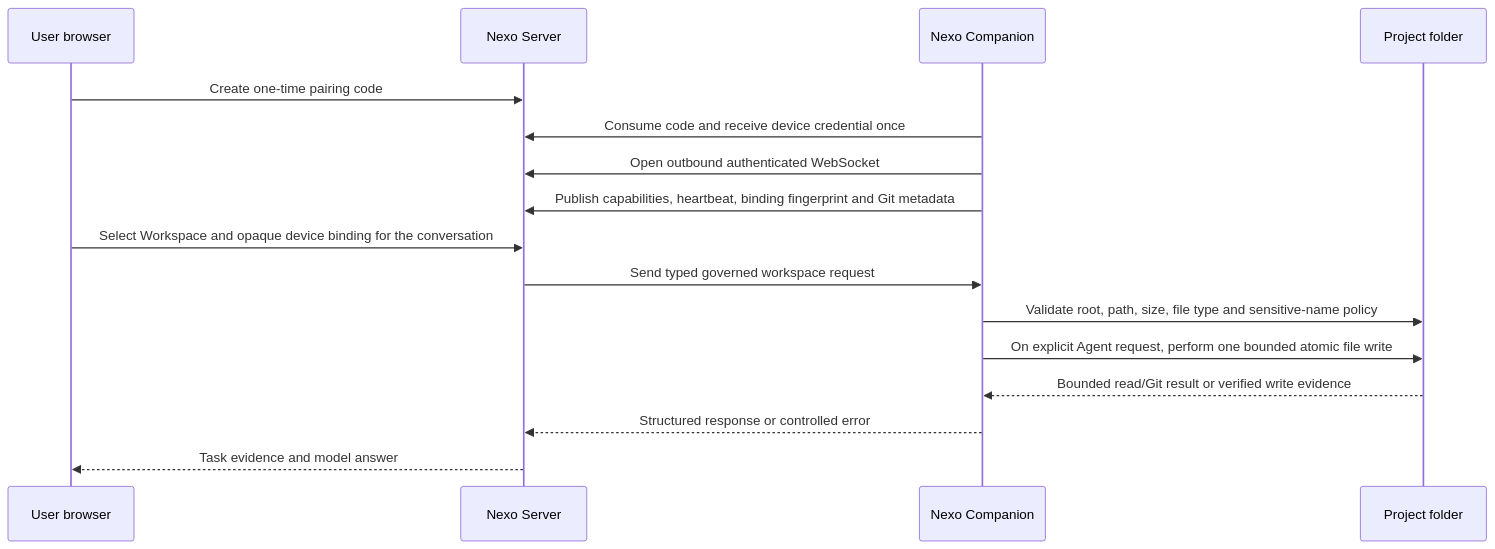
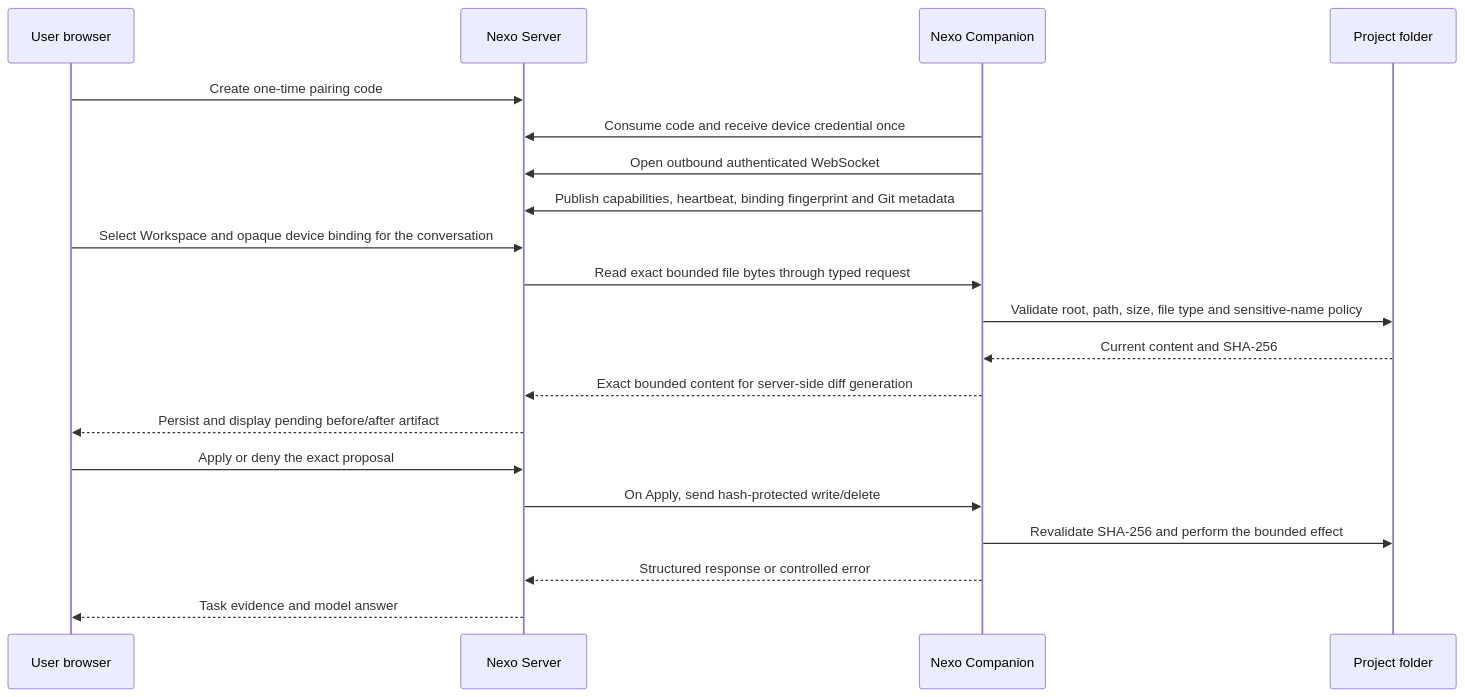
One commit to SamuckqaDev/nexo-ia changed the third of 7 diagrams in docs/ARCHITECTURE_OVERVIEW.md. Above: the diagram before and after it, drawn with Mermaid. The commit also changed other lines of this file and 49 other files, not shown here.

Commit message:
feat(workspace): add server-side reviewed file changes

````diff
--- a/docs/ARCHITECTURE_OVERVIEW.md
+++ b/docs/ARCHITECTURE_OVERVIEW.md
@@ -105,19 +105,23 @@
 ```mermaid
 sequenceDiagram
   participant U as User browser
   participant S as Nexo Server
   participant C as Nexo Companion
   participant P as Project folder
 
   U->>S: Create one-time pairing code
   C->>S: Consume code and receive device credential once
   C->>S: Open outbound authenticated WebSocket
   C->>S: Publish capabilities, heartbeat, binding fingerprint and Git metadata
   U->>S: Select Workspace and opaque device binding for the conversation
-  S->>C: Send typed governed workspace request
+  S->>C: Read exact bounded file bytes through typed request
   C->>P: Validate root, path, size, file type and sensitive-name policy
-  C->>P: On explicit Agent request, perform one bounded atomic file write
-  P-->>C: Bounded read/Git result or verified write evidence
+  P-->>C: Current content and SHA-256
+  C-->>S: Exact bounded content for server-side diff generation
+  S-->>U: Persist and display pending before/after artifact
+  U->>S: Apply or deny the exact proposal
+  S->>C: On Apply, send hash-protected write/delete
+  C->>P: Revalidate SHA-256 and perform the bounded effect
   C-->>S: Structured response or controlled error
   S-->>U: Task evidence and model answer
 ```
````
